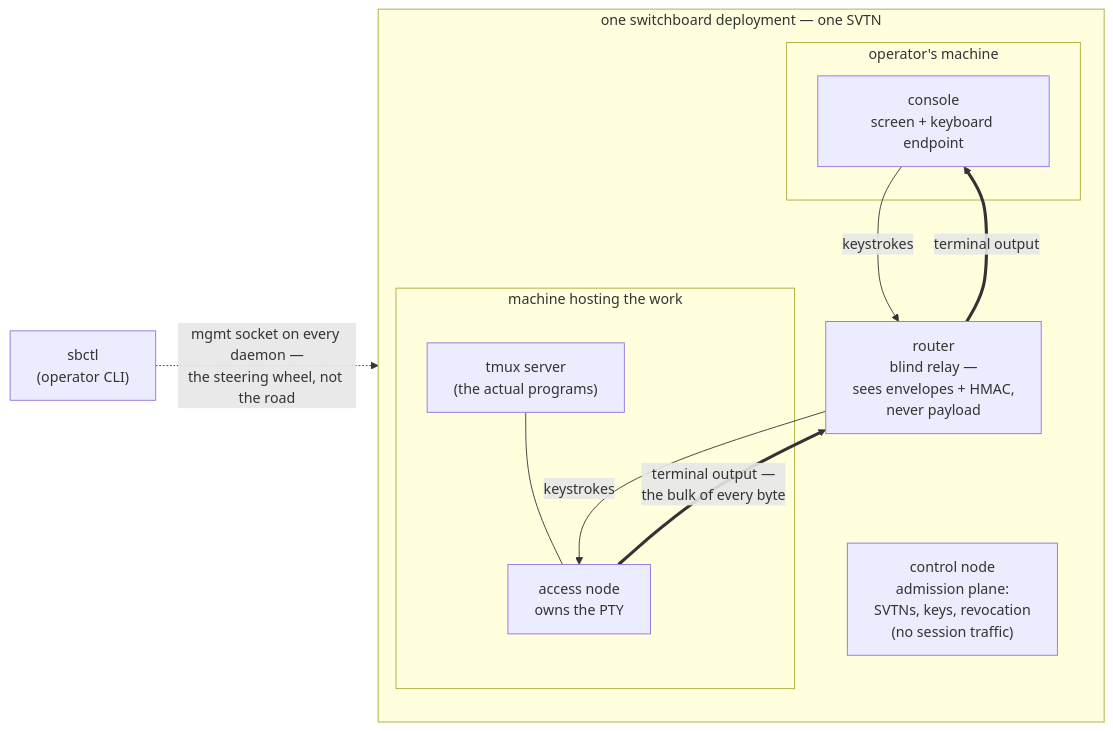
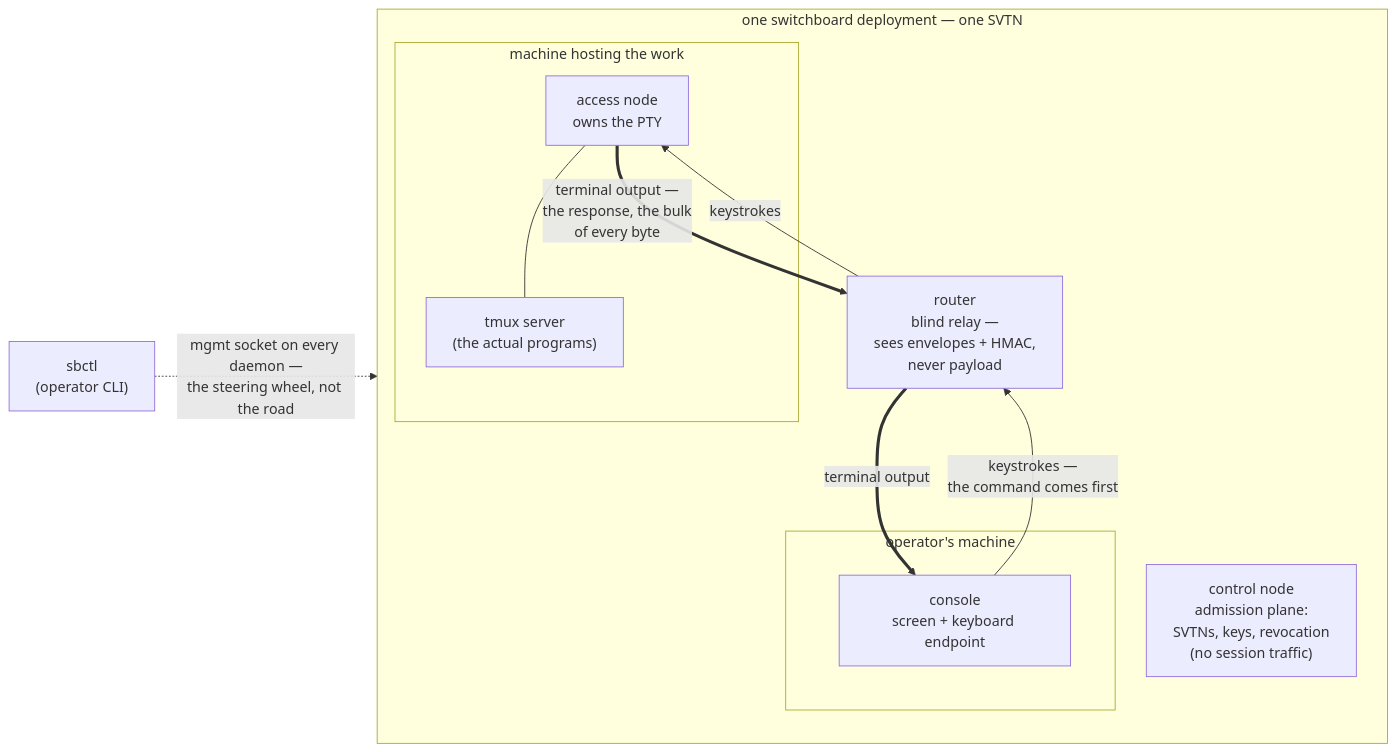
The second of 7 diagrams in docs/architecture.md (ArcavenAE/switchboard-blue), drawn with Mermaid before and after one commit. The commit also changed other lines of this file and 8 other files, not shown here.

First line of the commit message:
docs(diagrams): orient flows initiator-left — keystrokes lead, output returns

````diff
--- a/docs/architecture.md
+++ b/docs/architecture.md
@@ -103,21 +103,21 @@
 ```mermaid
 graph LR
     subgraph deployment["one switchboard deployment — one SVTN"]
-        subgraph m1["machine hosting the work"]
-            TM["tmux server<br/>(the actual programs)"]
-            AN["access node<br/>owns the PTY"]
-            TM --- AN
+        subgraph m2["operator's machine"]
+            CN["console<br/>screen + keyboard endpoint"]
         end
         R["router<br/>blind relay —<br/>sees envelopes + HMAC,<br/>never payload"]
-        subgraph m2["operator's machine"]
-            CN["console<br/>screen + keyboard endpoint"]
+        subgraph m1["machine hosting the work"]
+            AN["access node<br/>owns the PTY"]
+            TM["tmux server<br/>(the actual programs)"]
+            AN --- TM
         end
         CT["control node<br/>admission plane:<br/>SVTNs, keys, revocation<br/>(no session traffic)"]
     end
 
-    AN == "terminal output —<br/>the bulk of every byte" ==> R
+    CN -- "keystrokes —<br/>the command comes first" --> R
+    R -- "keystrokes" --> AN
+    AN == "terminal output —<br/>the response, the bulk<br/>of every byte" ==> R
     R == "terminal output" ==> CN
-    CN -- "keystrokes" --> R
-    R -- "keystrokes" --> AN
     SB["sbctl<br/>(operator CLI)"] -. "mgmt socket on every daemon —<br/>the steering wheel, not the road" .-> deployment
 ```
````
